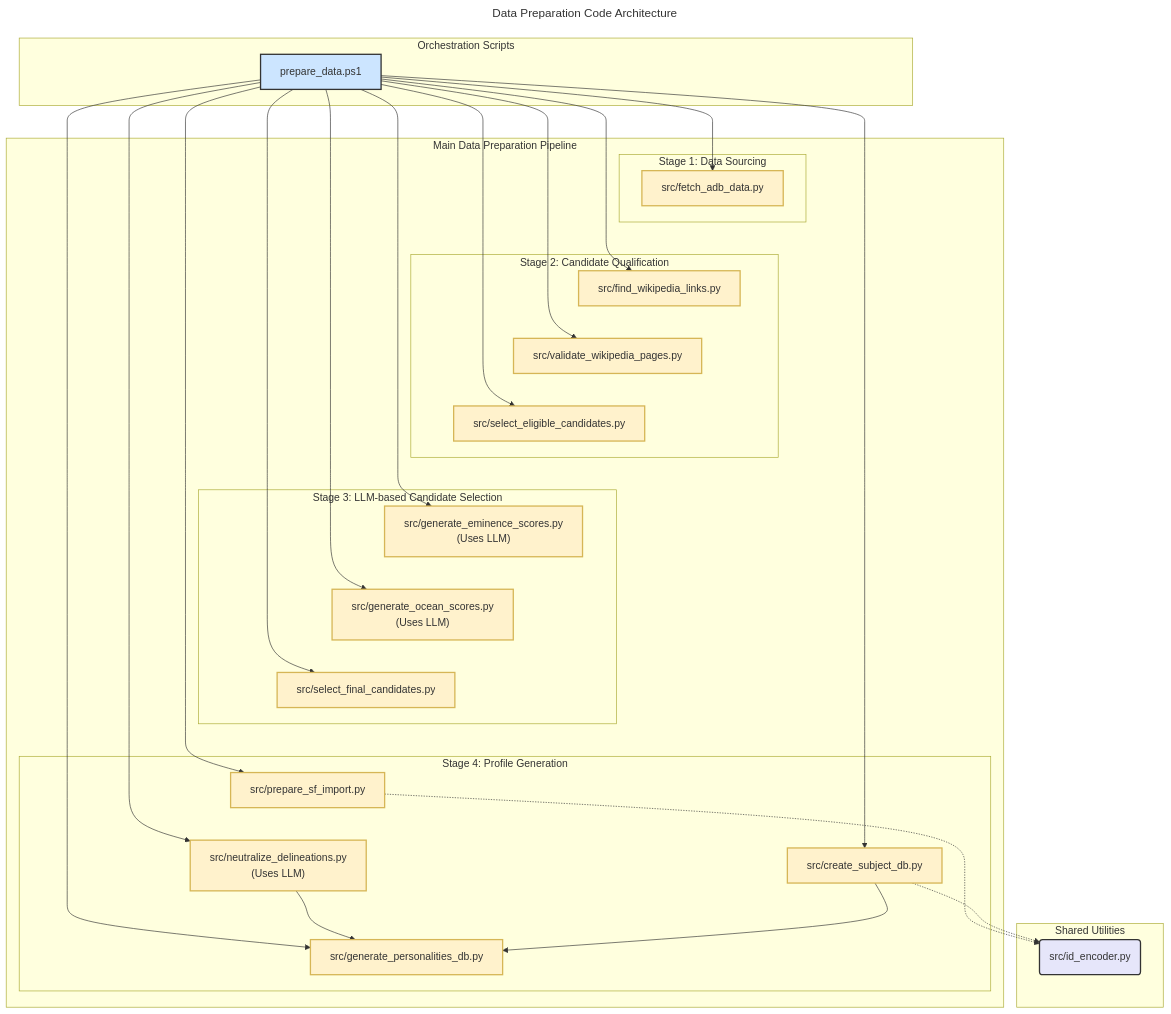
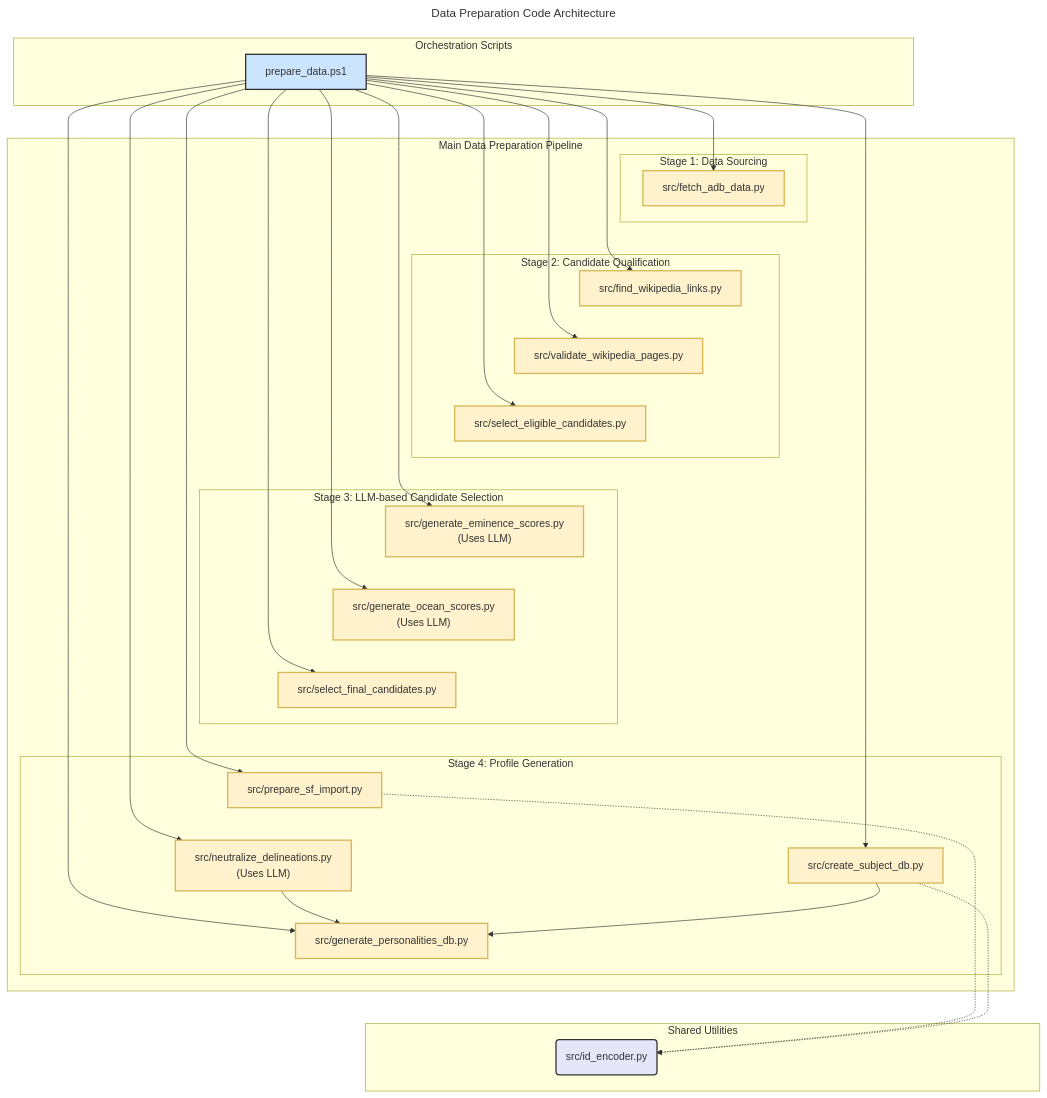
One commit to peterjmarko/llm-narrative-framework changed the diagram in docs/diagrams/arch_prep_codebase.mmd. Above: the diagram before and after it, drawn with Mermaid. The commit also changed 46 other files, not shown here.

```diff
--- a/docs/diagrams/arch_prep_codebase.mmd
+++ b/docs/diagrams/arch_prep_codebase.mmd
@@ -1,70 +1,71 @@
 ---
 title: Data Preparation Code Architecture
 ---
 graph TD
     classDef scriptStyle fill:#fff2cc,stroke:#d6b656,stroke-width:2px
     classDef utilStyle fill:#e6e6fa,stroke:#333,stroke-width:2px
     classDef orchestratorStyle fill:#cce5ff,stroke:#333,stroke-width:2px
 
     subgraph "Orchestration Scripts"
         P[prepare_data.ps1]
     end
 
     subgraph "Main Data Preparation Pipeline"
         subgraph "Stage 1: Data Sourcing"
             A[src/fetch_adb_data.py]
         end
         subgraph "Stage 2: Candidate Qualification"
             B[src/find_wikipedia_links.py]
             B2[src/validate_wikipedia_pages.py]
             C[src/select_eligible_candidates.py]
         end
         subgraph "Stage 3: LLM-based Candidate Selection"
             D["src/generate_eminence_scores.py<br/>(Uses LLM)"]
             E["src/generate_ocean_scores.py<br/>(Uses LLM)"]
             F[src/select_final_candidates.py]
         end
         subgraph "Stage 4: Profile Generation"
             G[src/prepare_sf_import.py]
             J["src/neutralize_delineations.py<br/>(Uses LLM)"]
             H[src/create_subject_db.py]
             I[src/generate_personalities_db.py]
         end
     end
     
     P --> A
     P --> B
     P --> B2
     P --> C
     P --> D
     P --> E
     P --> F
     P --> G
     P --> J
     P --> H
     P --> I
 
     %% Invisible links to force vertical waterfall layout
     A ~~~ B
     B ~~~ B2
     B2 ~~~ C
     C ~~~ D
     D ~~~ E
     E ~~~ F
     F ~~~ G
     G ~~~ J
     H ~~~ I
+    I ~~~ K
 
-    subgraph Shared Utilities
+    subgraph "Shared Utilities"
         K(src/id_encoder.py)
     end
 
     J --> I
     H --> I
     G -.-> K
     H -.-> K
 
     %% Apply Styles
     class P orchestratorStyle
     class A,B,B2,C,D,E,F,G,H,I,J scriptStyle
     class K utilStyle
```
